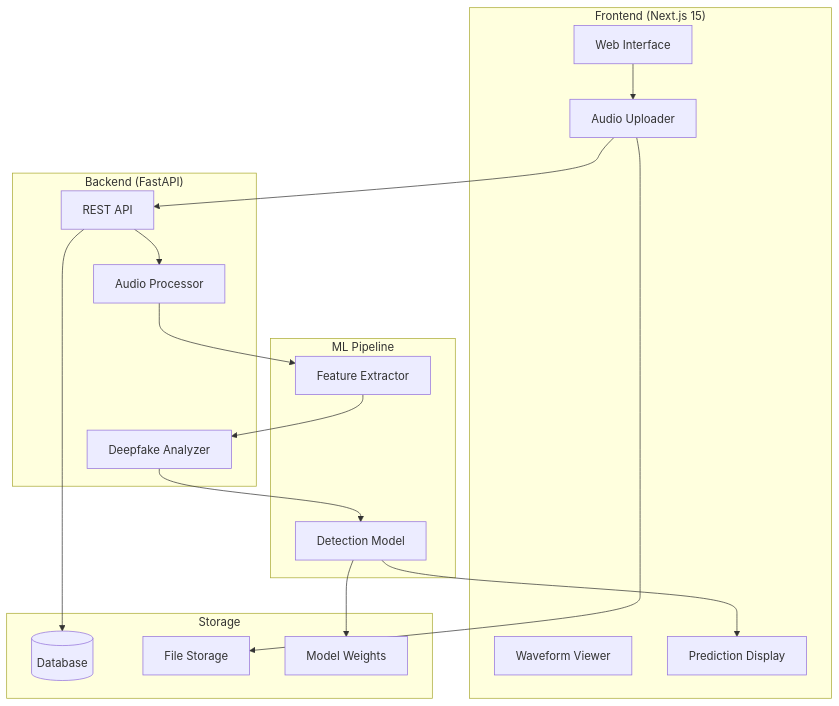
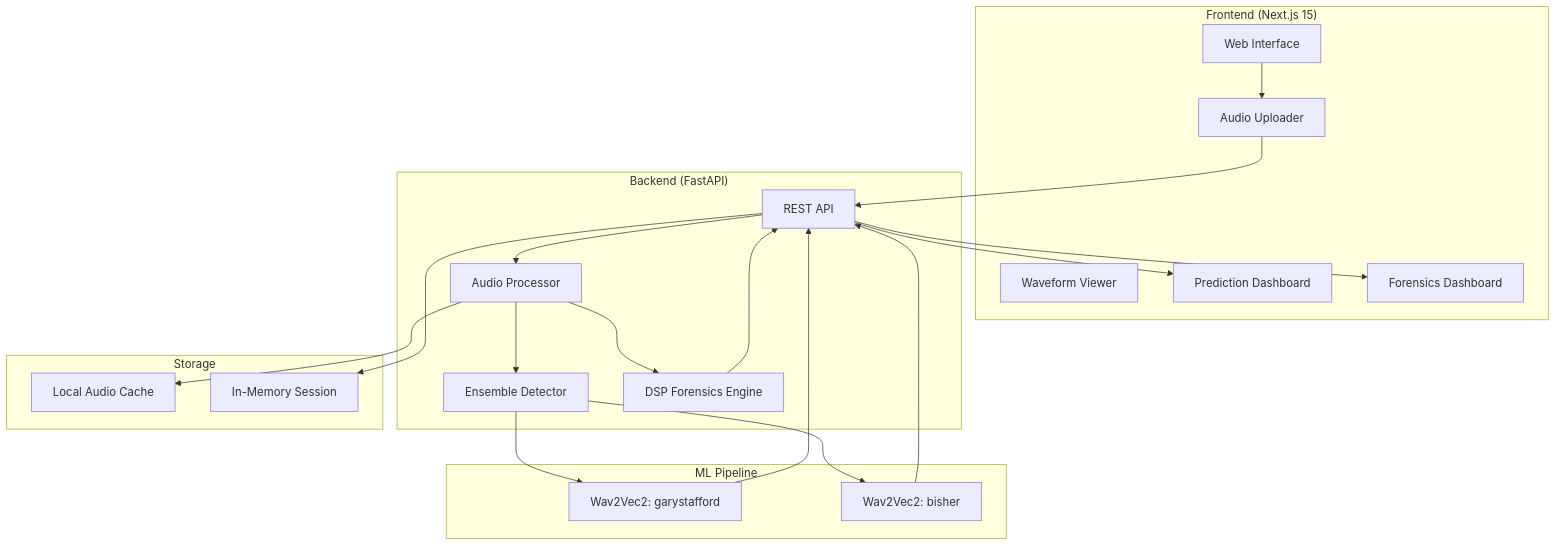
The diagram in docs/architecture.md (DhrumilKhatiwala/EchoGuard), drawn with Mermaid before and after one commit. The commit also changed other lines of this file, not shown here.

Commit message:
docs: update architecture diagram and descriptions

````diff
--- a/docs/architecture.md
+++ b/docs/architecture.md
@@ -5,37 +5,42 @@
 ```mermaid
 graph TB
     subgraph Frontend["Frontend (Next.js 15)"]
         UI[Web Interface]
         Upload[Audio Uploader]
         Viz[Waveform Viewer]
-        Results[Prediction Display]
+        Results[Prediction Dashboard]
+        ForensicsUI[Forensics Dashboard]
     end
 
     subgraph Backend["Backend (FastAPI)"]
         API[REST API]
         Processor[Audio Processor]
-        Analyzer[Deepfake Analyzer]
+        Analyzer[Ensemble Detector]
+        Forensics[DSP Forensics Engine]
     end
 
     subgraph ML["ML Pipeline"]
-        Model[Detection Model]
-        Features[Feature Extractor]
+        Model1[Wav2Vec2: garystafford]
+        Model2[Wav2Vec2: bisher]
     end
 
     subgraph Storage["Storage"]
-        DB[(Database)]
-        Files[File Storage]
-        Models[Model Weights]
+        Cache[Local Audio Cache]
+        History[In-Memory Session]
     end
 
     UI --> Upload
     Upload --> API
     API --> Processor
-    Processor --> Features
-    Features --> Analyzer
-    Analyzer --> Model
-    Model --> Results
-    API --> DB
-    Upload --> Files
-    Model --> Models
+    Processor --> Analyzer
+    Processor --> Forensics
+    Analyzer --> Model1
+    Analyzer --> Model2
+    Model1 --> API
+    Model2 --> API
+    Forensics --> API
+    API --> History
+    Processor --> Cache
+    API --> Results
+    API --> ForensicsUI
 ```
````
